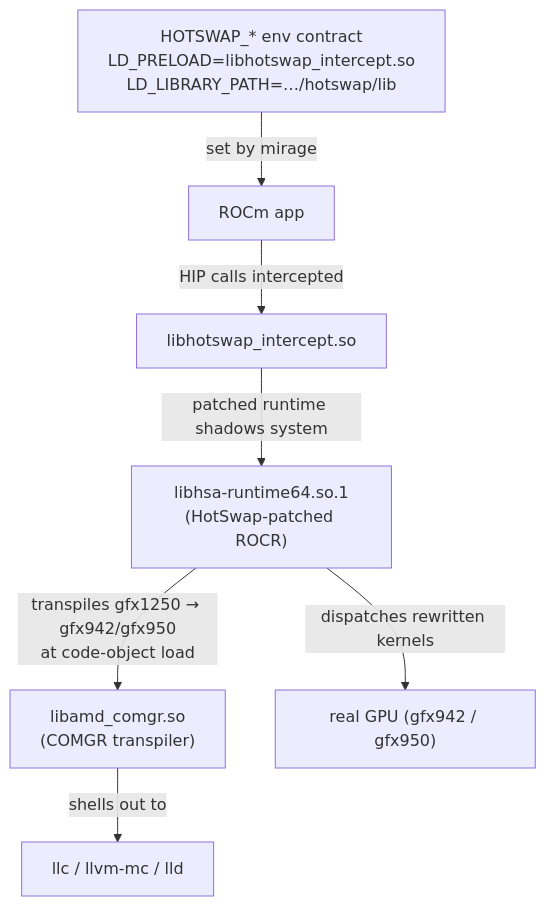
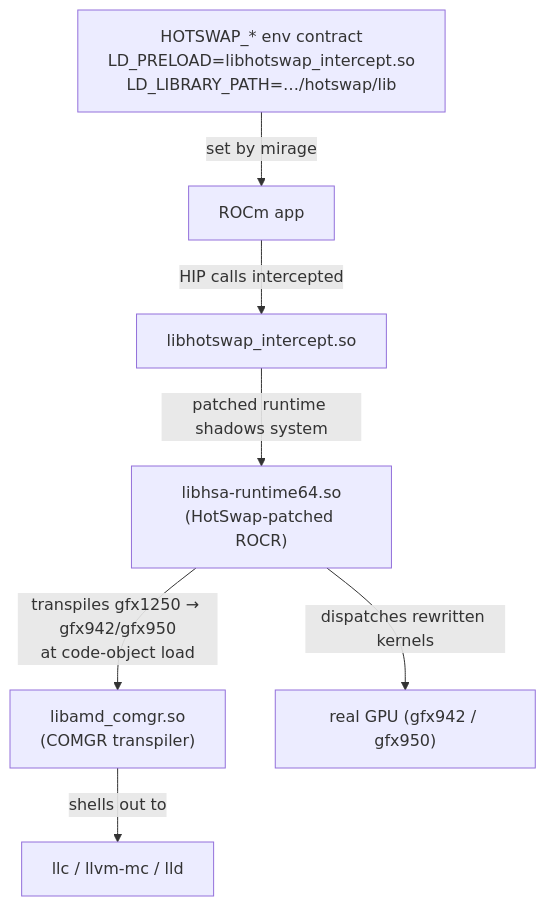
Before and after one commit to ROCm/rocm-systems: the diagram in emulation/mirage/hotswap/README.md, drawn with Mermaid. The commit also changed other lines of this file and 3 other files, not shown here.

Commit message:
libhsa-runtime64.so.1 -> libhsa-runtime64.so

````diff
--- a/emulation/mirage/hotswap/README.md
+++ b/emulation/mirage/hotswap/README.md
@@ -132,9 +132,9 @@
 ```mermaid
 flowchart TD
     ENV["HOTSWAP_* env contract<br/>LD_PRELOAD=libhotswap_intercept.so<br/>LD_LIBRARY_PATH=…/hotswap/lib"] -->|set by mirage| APP
     APP["ROCm app"] -->|HIP calls intercepted| INT["libhotswap_intercept.so"]
-    INT -->|patched runtime shadows system| ROCR["libhsa-runtime64.so.1<br/>(HotSwap-patched ROCR)"]
+    INT -->|patched runtime shadows system| ROCR["libhsa-runtime64.so<br/>(HotSwap-patched ROCR)"]
     ROCR -->|transpiles gfx1250 → gfx942/gfx950<br/>at code-object load| COMGR["libamd_comgr.so<br/>(COMGR transpiler)"]
     COMGR -->|shells out to| TOOLS["llc / llvm-mc / lld"]
     ROCR -->|dispatches rewritten kernels| GPU["real GPU (gfx942 / gfx950)"]
 ```
````
